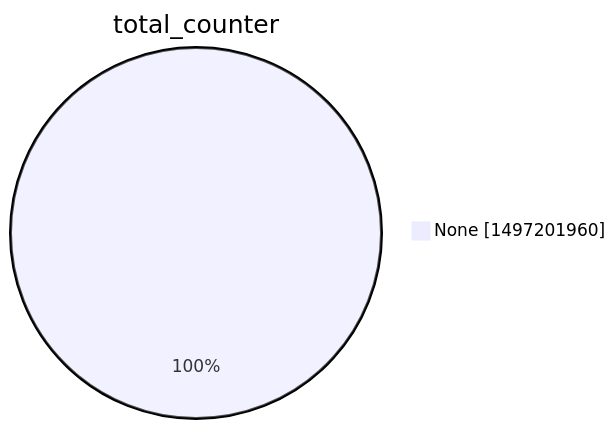
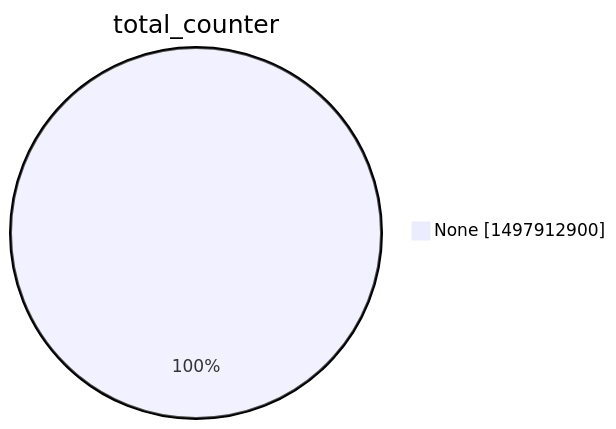
The second of 15 diagrams in argon2022/README.md (christiankrug/ctmonitor_visualization), drawn with Mermaid before and after one commit. The commit also changed other lines of this file, not shown here.

````diff
--- a/argon2022/README.md
+++ b/argon2022/README.md
@@ -9,5 +9,5 @@
 ```mermaid
 pie showData
 title total_counter
-"None" :1497201960
+"None" :1497912900
 ```
````
